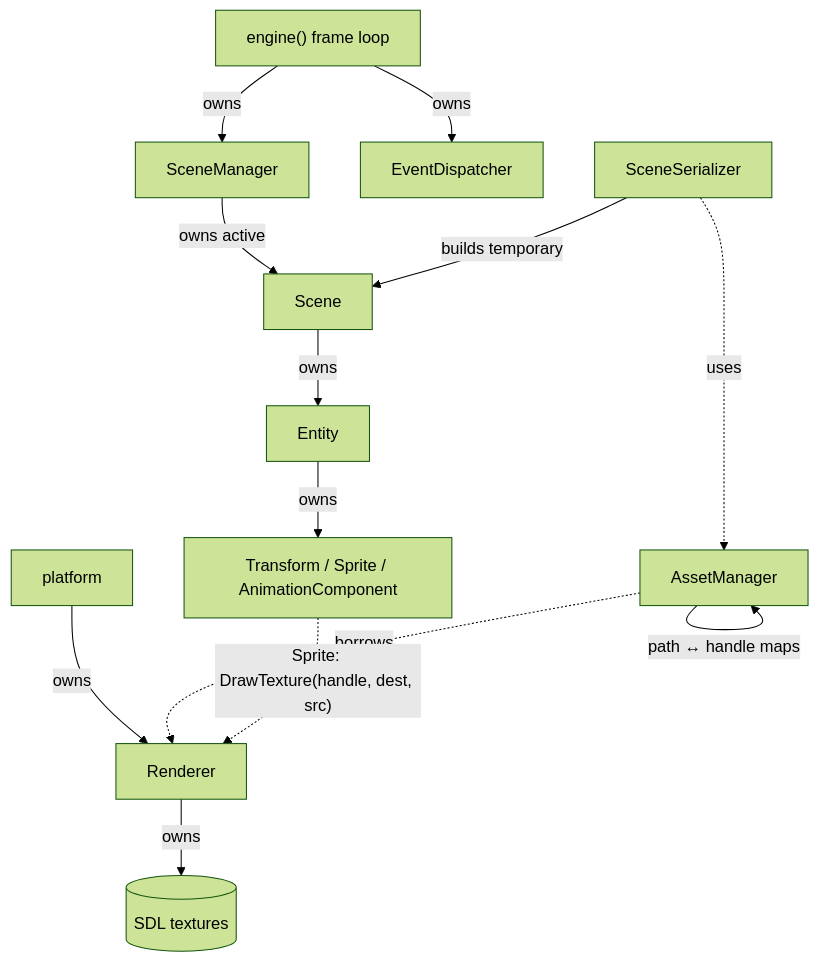
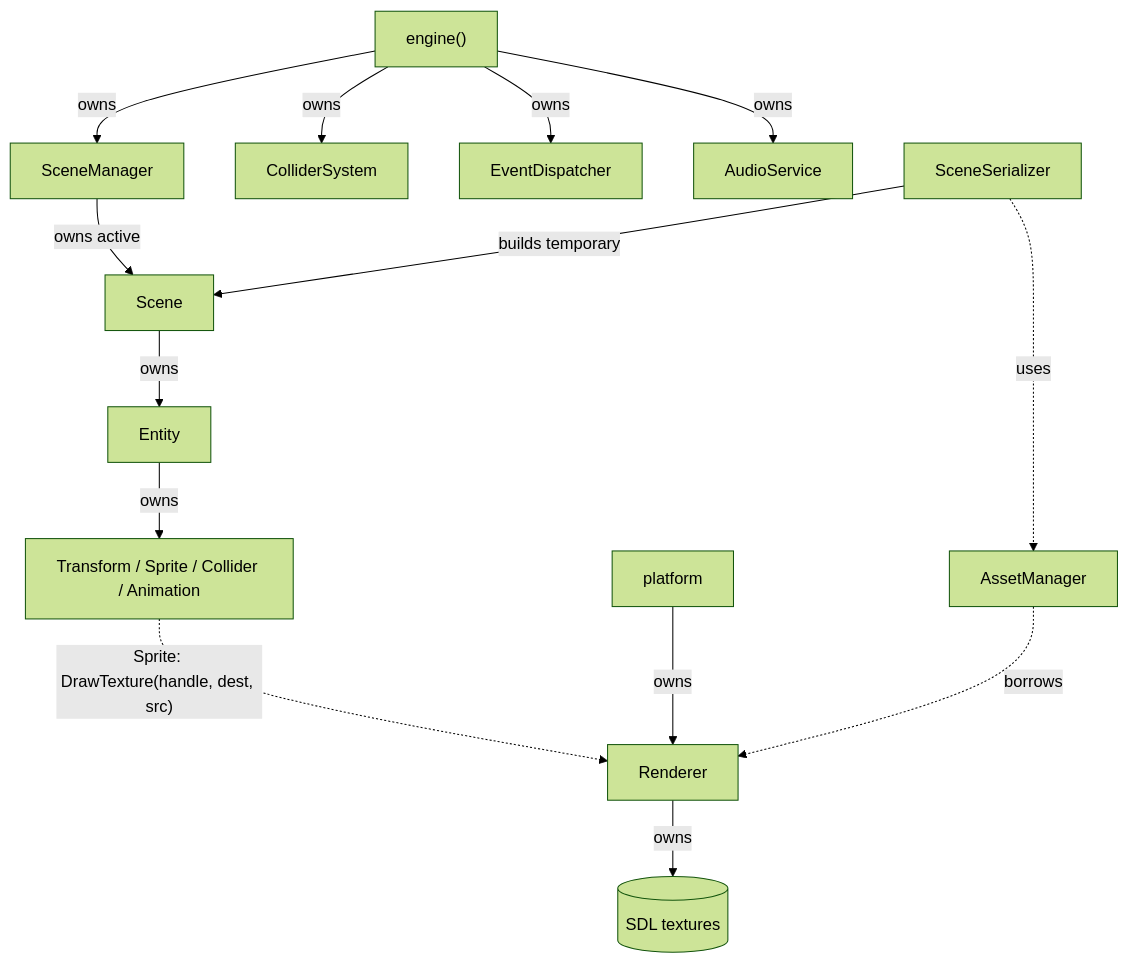
Before and after one commit to Destan705/Destan_Yassmine_2-D_Game_Engine_Project: the diagram in docs/phase3-decisions.md, drawn with Mermaid (forest theme). The commit also changed other lines of this file and 4 other files, not shown here.

````diff
--- a/docs/phase3-decisions.md
+++ b/docs/phase3-decisions.md
@@ -9,15 +9,16 @@
 ```mermaid
 flowchart TD
-    engine["engine() frame loop"] -->|owns| SM[SceneManager]
+    engine["engine()"] -->|owns| AS[AudioService]
     engine -->|owns| ED[EventDispatcher]
+    engine -->|owns| CS[ColliderSystem]
+    engine -->|owns| SM[SceneManager]
     SM -->|owns active| Scene
     Scene -->|owns| Entity
-    Entity -->|owns| C["Transform / Sprite / AnimationComponent"]
+    Entity -->|owns| C["Transform / Sprite / Collider / Animation"]
     platform -->|owns| Renderer
     Renderer -->|owns| T[(SDL textures)]
     AM[AssetManager] -.->|borrows| Renderer
-    AM -->|path ↔ handle maps| AM
     SS[SceneSerializer] -.->|uses| AM
     SS -->|builds temporary| Scene
     C -.->|"Sprite: DrawTexture(handle, dest, src)"| Renderer
 ```
````
